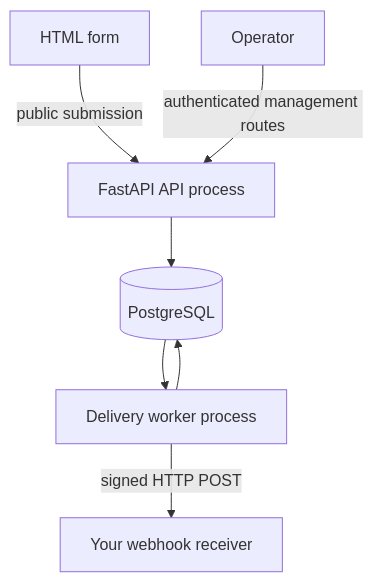
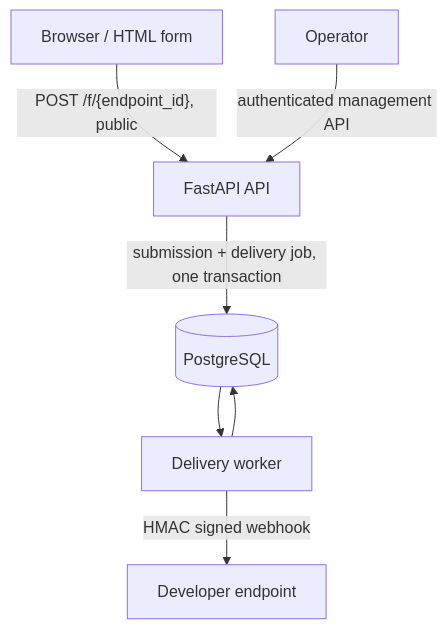
The diagram in README.md (hymical/forms), drawn with Mermaid before and after one commit. The commit also changed 12 other files, not shown here.

````diff
--- a/README.md
+++ b/README.md
@@ -73,9 +73,9 @@
 ```mermaid
 flowchart TD
-    Form["HTML form"] -->|"public submission"| API["FastAPI API process"]
-    Operator["Operator"] -->|"authenticated management routes"| API
-    API --> DB[("PostgreSQL")]
-    DB --> Worker["Delivery worker process"]
-    Worker -->|"signed HTTP POST"| Receiver["Your webhook receiver"]
+    Form["Browser / HTML form"] -->|"POST /f/{endpoint_id}, public"| API["FastAPI API"]
+    Operator["Operator"] -->|"authenticated management API"| API
+    API -->|"submission + delivery job, one transaction"| DB[("PostgreSQL")]
+    DB --> Worker["Delivery worker"]
+    Worker -->|"HMAC signed webhook"| Receiver["Developer endpoint"]
     Worker --> DB
 ```
````
